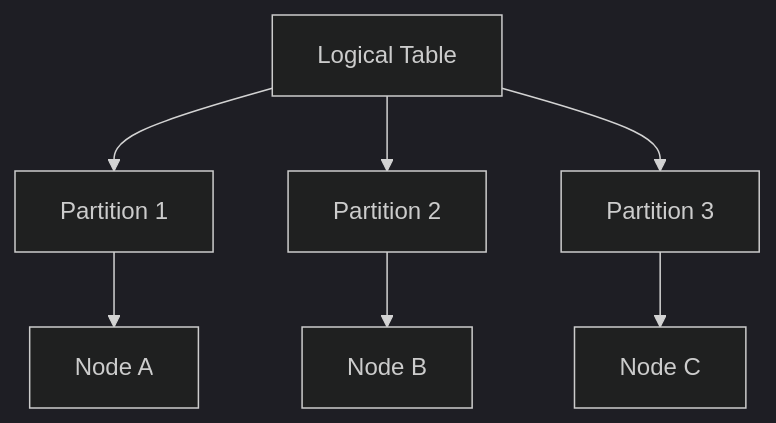
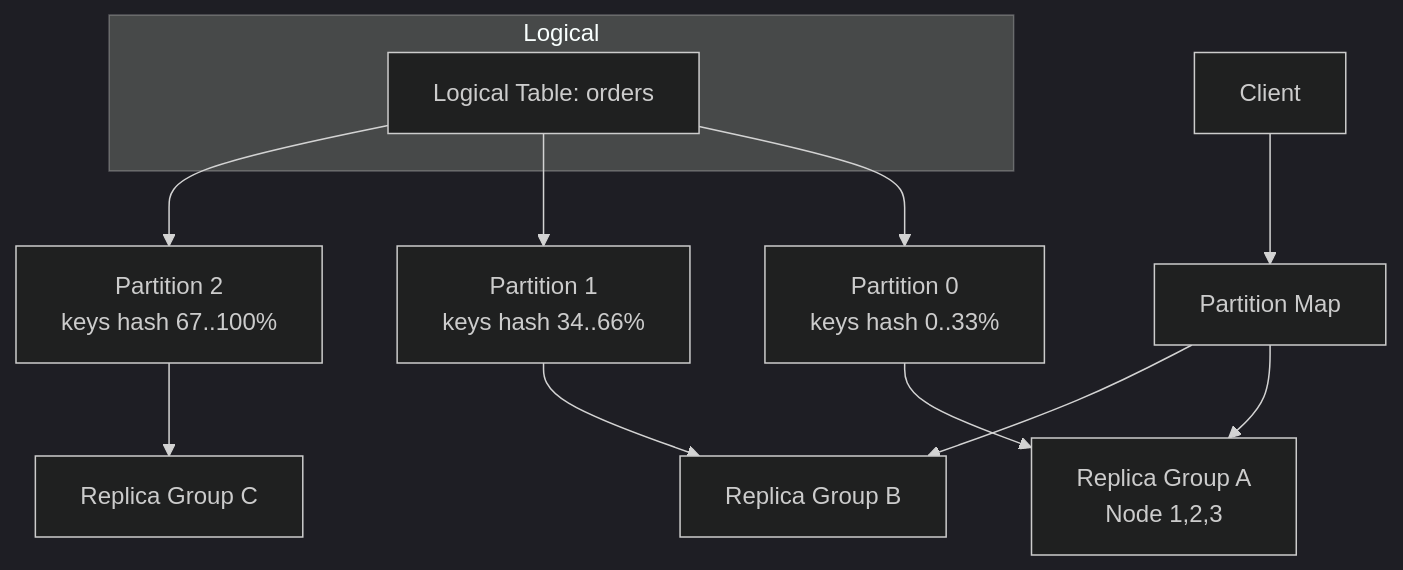
One commit to hareramcse/SystemDesign changed the second of 36 diagrams in 05-distributed-databases/README.md. Above: the diagram before and after it, drawn with Mermaid (dark theme). The commit also changed other lines of this file and 14 other files, not shown here.

````diff
--- a/05-distributed-databases/README.md
+++ b/05-distributed-databases/README.md
@@ -104,9 +114,15 @@
 ```mermaid
 flowchart TB
-    Table[Logical Table] --> P1[Partition 1]
-    Table --> P2[Partition 2]
-    Table --> P3[Partition 3]
-    P1 --> N1[Node A]
-    P2 --> N2[Node B]
-    P3 --> N3[Node C]
+    subgraph Logical
+        Table[Logical Table: orders]
+    end
+    Table --> P1["Partition 0<br/>keys hash 0..33%"]
+    Table --> P2["Partition 1<br/>keys hash 34..66%"]
+    Table --> P3["Partition 2<br/>keys hash 67..100%"]
+    P1 --> RG1["Replica Group A<br/>Node 1,2,3"]
+    P2 --> RG2["Replica Group B"]
+    P3 --> RG3["Replica Group C"]
+    Client[Client] --> Meta[Partition Map]
+    Meta --> RG1
+    Meta --> RG2
 ```
````
